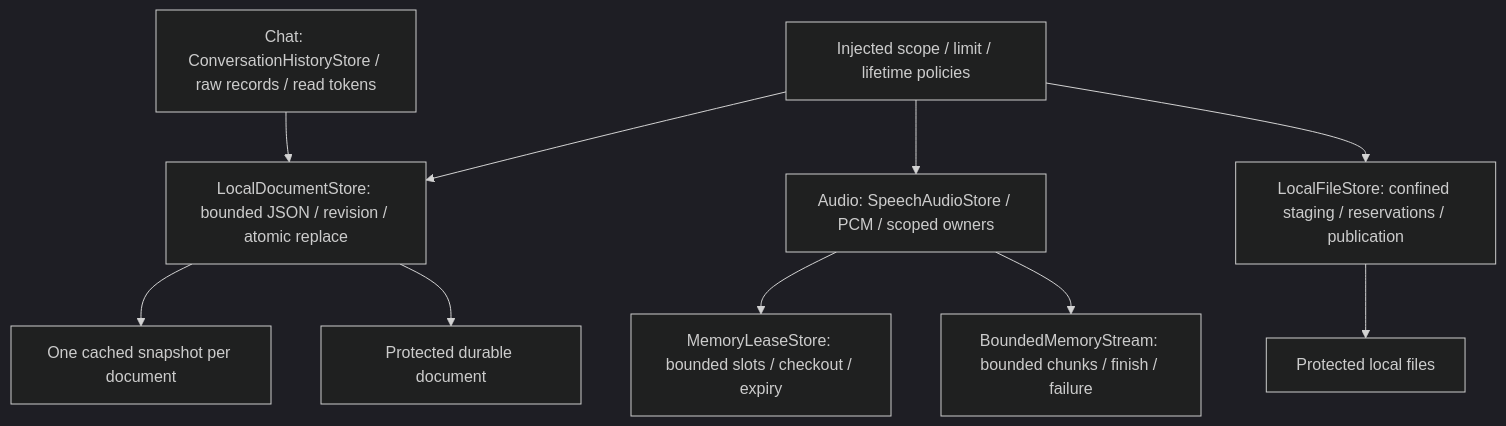
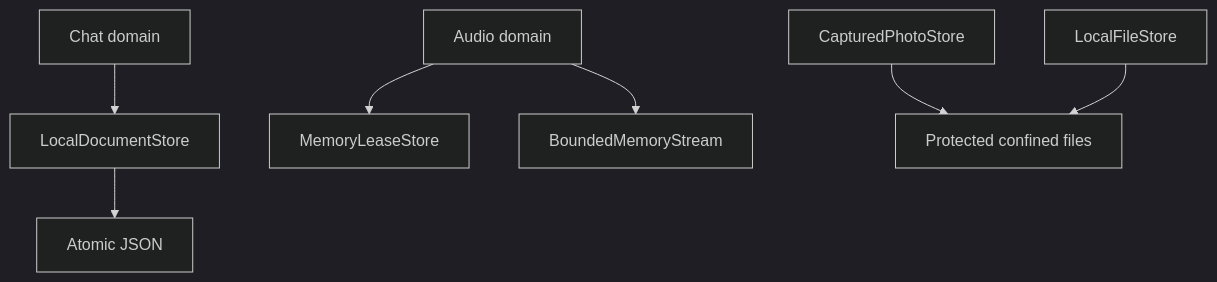
One commit to devilyouwei/MobileHarness changed the second of 2 diagrams in MobileHarness/Storage/README.md. Above: the diagram before and after it, drawn with Mermaid (dark theme). The commit also changed other lines of this file and 116 other files, not shown here.

````diff
--- a/MobileHarness/Storage/README.md
+++ b/MobileHarness/Storage/README.md
@@ -33,12 +27,9 @@
 ```mermaid
 flowchart TB
-    Chat[Chat: ConversationHistoryStore / raw records / read tokens] --> Document[LocalDocumentStore: bounded JSON / revision / atomic replace]
-    Audio[Audio: SpeechAudioStore / PCM / scoped owners] --> Leases[MemoryLeaseStore: bounded slots / checkout / expiry]
-    Audio --> Streams[BoundedMemoryStream: bounded chunks / finish / failure]
-    Document --> Cache[One cached snapshot per document]
-    Document --> Disk[Protected durable document]
-    Files[LocalFileStore: confined staging / reservations / publication] --> DiskFiles[Protected local files]
-    Owners[Injected scope / limit / lifetime policies] --> Audio
-    Owners --> Document
-    Owners --> Files
+ Chat[Chat domain] --> Documents[LocalDocumentStore]
+ Audio[Audio domain] --> Leases[MemoryLeaseStore]
+ Audio --> Streams[BoundedMemoryStream]
+ Photos[CapturedPhotoStore] --> Files[Protected confined files]
+ Documents --> Disk[Atomic JSON]
+ LocalFiles[LocalFileStore] --> Files
 ```
````
